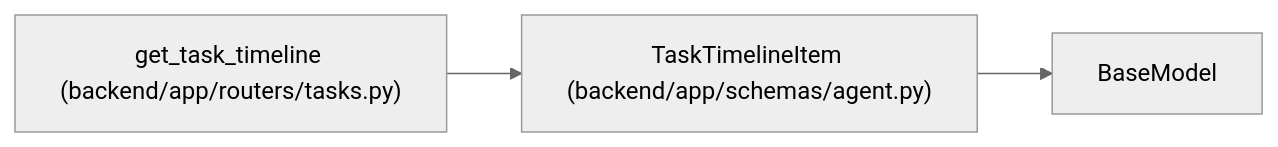
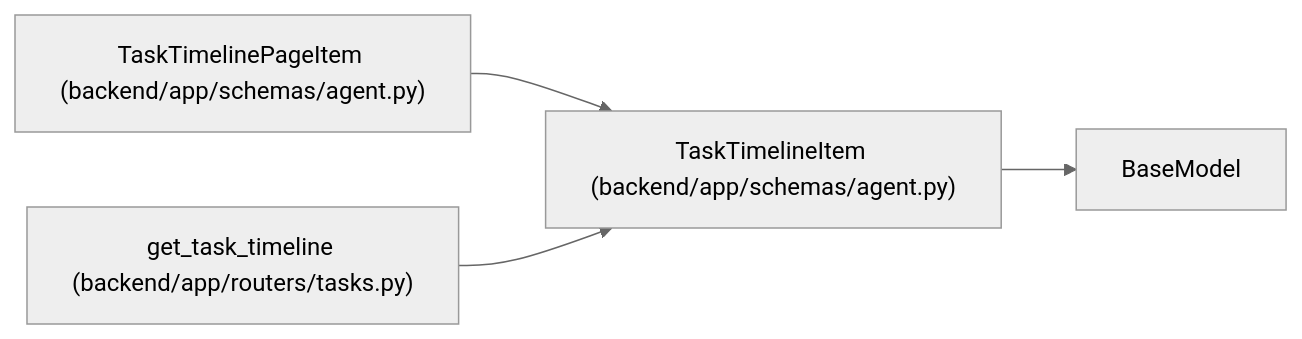
Before and after one commit to Denissvgn/WorkChord: the diagram in docs/llm_wiki/entities/schemas_agent_TaskTimelineItem.md, drawn with Mermaid (neutral theme). The commit also changed other lines of this file and 2509 other files, not shown here.

````diff
--- a/docs/llm_wiki/entities/schemas_agent_TaskTimelineItem.md
+++ b/docs/llm_wiki/entities/schemas_agent_TaskTimelineItem.md
@@ -31,10 +31,13 @@
 ```mermaid
 flowchart LR
     n0["TaskTimelineItem (backend/app/schemas/agent.py)"]
     n1["BaseModel"]
-    n2["get_task_timeline (backend/app/routers/tasks.py)"]
+    n2["TaskTimelinePageItem (backend/app/schemas/agent.py)"]
+    n3["get_task_timeline (backend/app/routers/tasks.py)"]
     n0 --> n1
     n2 --> n0
+    n3 --> n0
     click n0 "../modules/schemas_agent.md"
-    click n2 "../modules/tasks.md"
+    click n2 "../modules/schemas_agent.md"
+    click n3 "../modules/tasks.md"
 ```
````
